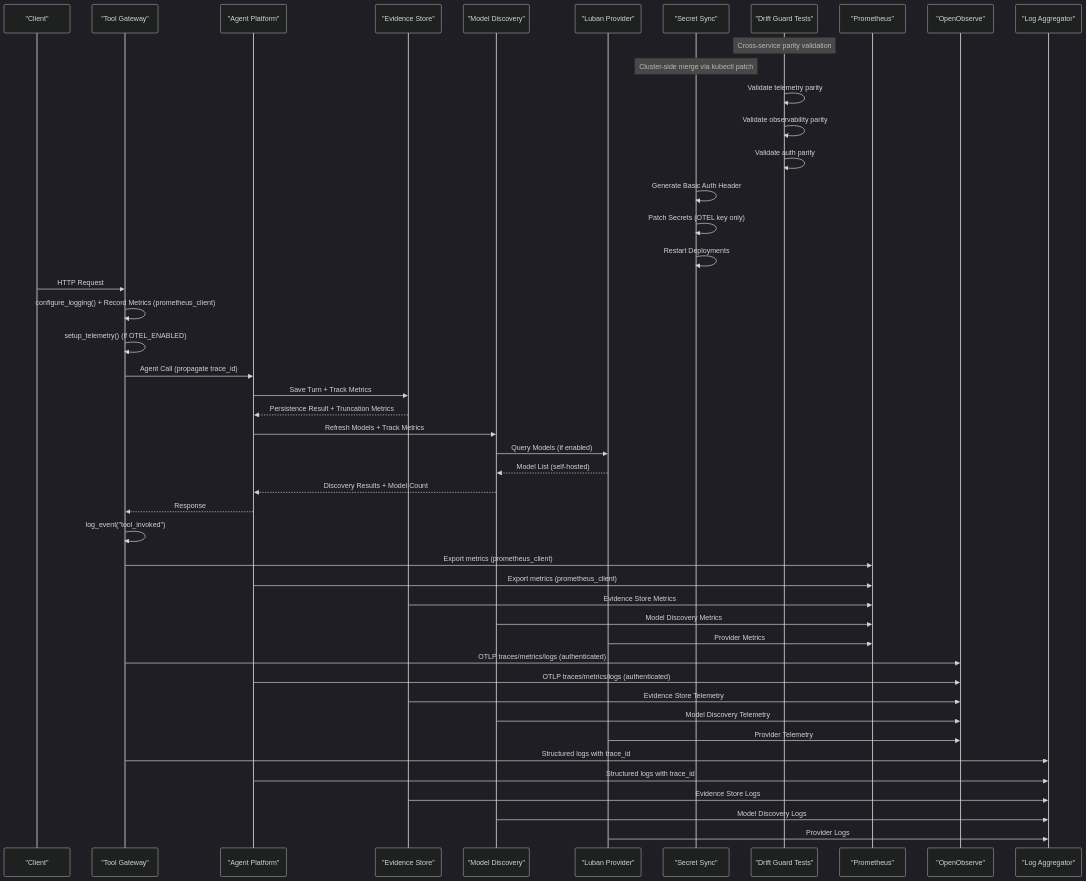
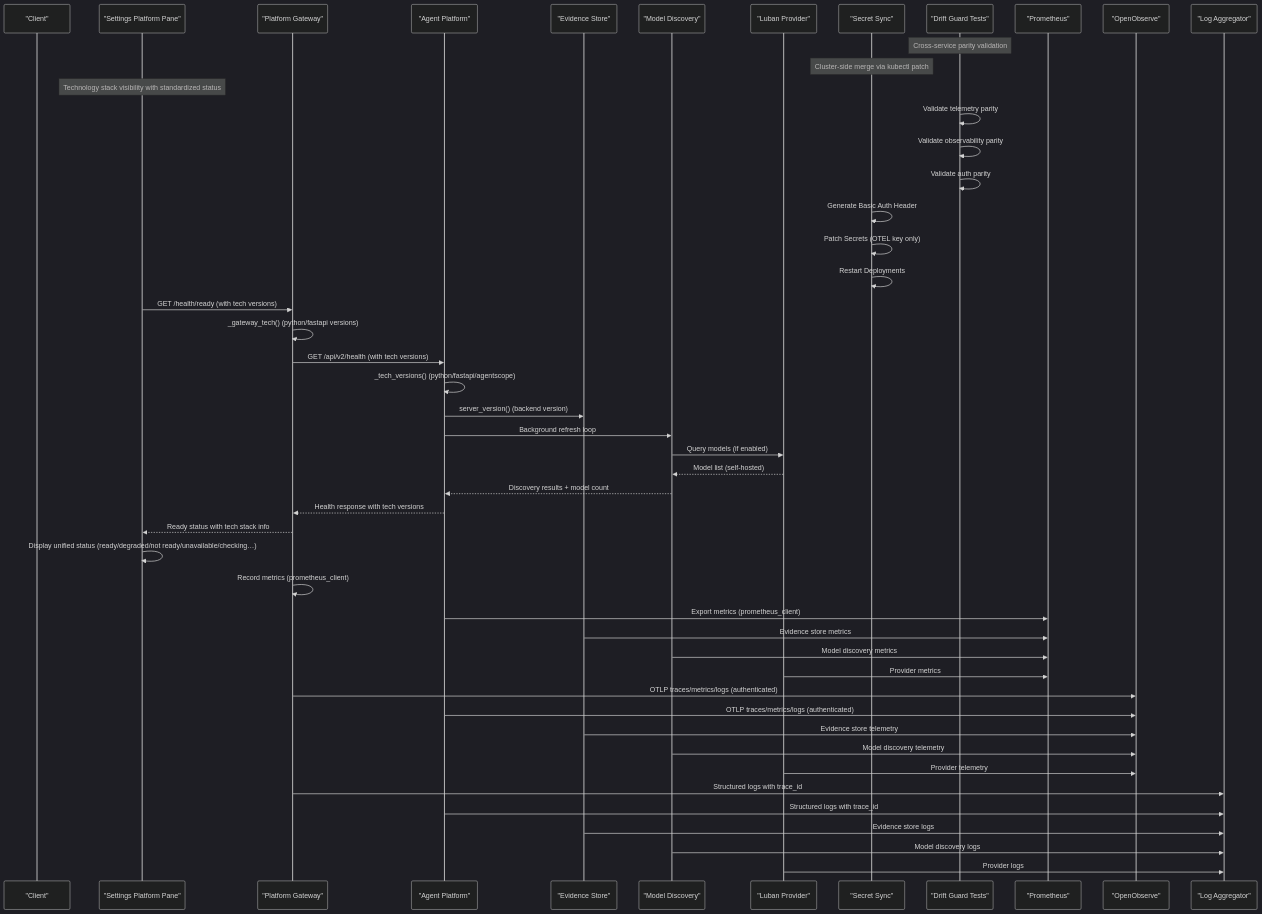
The second of 15 diagrams in .qoder/repowiki/en/content/Monitoring and Observability/Monitoring and Observability.md (metasync/luban-aiops), drawn with Mermaid (dark theme) before and after one commit. The commit also changed other lines of this file and 6 other files, not shown here.

````diff
--- a/.qoder/repowiki/en/content/Monitoring and Observability/Monitoring and Observability.md
+++ b/.qoder/repowiki/en/content/Monitoring and Observability/Monitoring and Observability.md
@@ -198,49 +222,51 @@
 ```mermaid
 sequenceDiagram
 participant Client as "Client"
-participant Gateway as "Tool Gateway"
+participant Portal as "Settings Platform Pane"
+participant Gateway as "Platform Gateway"
 participant Agent as "Agent Platform"
 participant EvidenceStore as "Evidence Store"
 participant ModelDiscovery as "Model Discovery"
 participant LubanProvider as "Luban Provider"
 participant SecretSync as "Secret Sync"
 participant DriftGuard as "Drift Guard Tests"
 participant Prometheus as "Prometheus"
 participant OpenObserve as "OpenObserve"
 participant Logger as "Log Aggregator"
 Note over DriftGuard : Cross-service parity validation
 Note over SecretSync : Cluster-side merge via kubectl patch
+Note over Portal : Technology stack visibility with standardized status
 DriftGuard->>DriftGuard : Validate telemetry parity
 DriftGuard->>DriftGuard : Validate observability parity
 DriftGuard->>DriftGuard : Validate auth parity
 SecretSync->>SecretSync : Generate Basic Auth Header
 SecretSync->>SecretSync : Patch Secrets (OTEL key only)
 SecretSync->>SecretSync : Restart Deployments
-Client->>Gateway : HTTP Request
-Gateway->>Gateway : configure_logging() + Record Metrics (prometheus_client)
-Gateway->>Gateway : setup_telemetry() (if OTEL_ENABLED)
-Gateway->>Agent : Agent Call (propagate trace_id)
-Agent->>EvidenceStore : Save Turn + Track Metrics
-EvidenceStore-->>Agent : Persistence Result + Truncation Metrics
-Agent->>ModelDiscovery : Refresh Models + Track Metrics
-ModelDiscovery->>LubanProvider : Query Models (if enabled)
-LubanProvider-->>ModelDiscovery : Model List (self-hosted)
-ModelDiscovery-->>Agent : Discovery Results + Model Count
-Agent-->>Gateway : Response
-Gateway->>Gateway : log_event("tool_invoked")
-Gateway->>Prometheus : Export metrics (prometheus_client)
+Portal->>Gateway : GET /health/ready (with tech versions)
+Gateway->>Gateway : _gateway_tech() (python/fastapi versions)
+Gateway->>Agent : GET /api/v2/health (with tech versions)
+Agent->>Agent : _tech_versions() (python/fastapi/agentscope)
+Agent->>EvidenceStore : server_version() (backend version)
+Agent->>ModelDiscovery : Background refresh loop
+ModelDiscovery->>LubanProvider : Query models (if enabled)
+LubanProvider-->>ModelDiscovery : Model list (self-hosted)
+ModelDiscovery-->>Agent : Discovery results + model count
+Agent-->>Gateway : Health response with tech versions
+Gateway-->>Portal : Ready status with tech stack info
+Portal->>Portal : Display unified status (ready/degraded/not ready/unavailable/checking…)
+Gateway->>Gateway : Record metrics (prometheus_client)
 Agent->>Prometheus : Export metrics (prometheus_client)
-EvidenceStore->>Prometheus : Evidence Store Metrics
-ModelDiscovery->>Prometheus : Model Discovery Metrics
-LubanProvider->>Prometheus : Provider Metrics
+EvidenceStore->>Prometheus : Evidence store metrics
+ModelDiscovery->>Prometheus : Model discovery metrics
+LubanProvider->>Prometheus : Provider metrics
 Gateway->>OpenObserve : OTLP traces/metrics/logs (authenticated)
 Agent->>OpenObserve : OTLP traces/metrics/logs (authenticated)
-EvidenceStore->>OpenObserve : Evidence Store Telemetry
-ModelDiscovery->>OpenObserve : Model Discovery Telemetry
-LubanProvider->>OpenObserve : Provider Telemetry
+EvidenceStore->>OpenObserve : Evidence store telemetry
+ModelDiscovery->>OpenObserve : Model discovery telemetry
+LubanProvider->>OpenObserve : Provider telemetry
 Gateway->>Logger : Structured logs with trace_id
 Agent->>Logger : Structured logs with trace_id
-EvidenceStore->>Logger : Evidence Store Logs
-ModelDiscovery->>Logger : Model Discovery Logs
-LubanProvider->>Logger : Provider Logs
+EvidenceStore->>Logger : Evidence store logs
+ModelDiscovery->>Logger : Model discovery logs
+LubanProvider->>Logger : Provider logs
 ```
````
